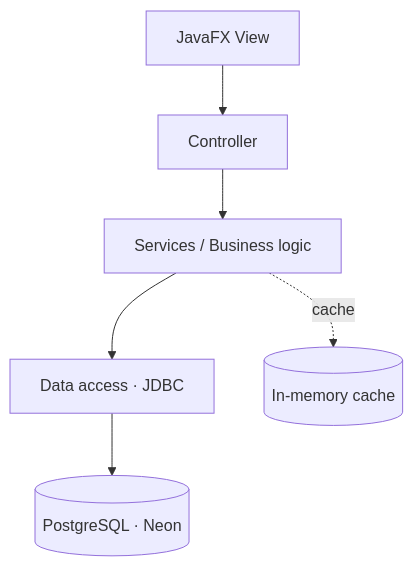
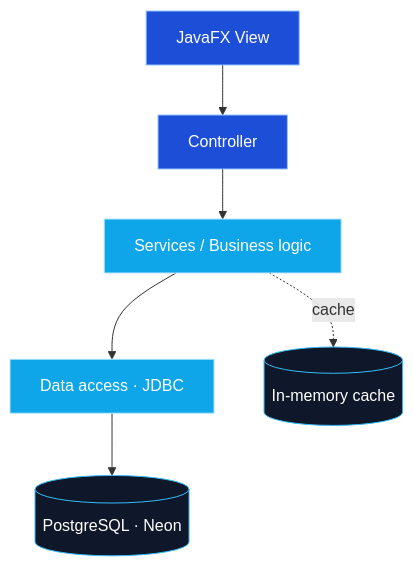
One commit to Mateosalazar543/Mateosalazar543 changed the diagram in README.md. Above: the diagram before and after it, drawn with Mermaid. The commit also changed other lines of this file, not shown here.

````diff
--- a/README.md
+++ b/README.md
@@ -84,8 +105,12 @@
 ```mermaid
 flowchart TB
-    A[JavaFX View] --> B[Controller]
-    B --> C[Services / Business logic]
-    C --> D[Data access · JDBC]
-    D --> E[(PostgreSQL · Neon)]
-    C -. cache .-> F[(In-memory cache)]
+    A[JavaFX View]:::ui --> B[Controller]:::ui
+    B --> C[Services / Business logic]:::logic
+    C --> D[Data access · JDBC]:::logic
+    D --> E[(PostgreSQL · Neon)]:::data
+    C -. cache .-> F[(In-memory cache)]:::data
+
+    classDef ui fill:#1D4ED8,stroke:#93C5FD,color:#ffffff
+    classDef logic fill:#0EA5E9,stroke:#BAE6FD,color:#ffffff
+    classDef data fill:#0F172A,stroke:#38BDF8,color:#ffffff
 ```
````
